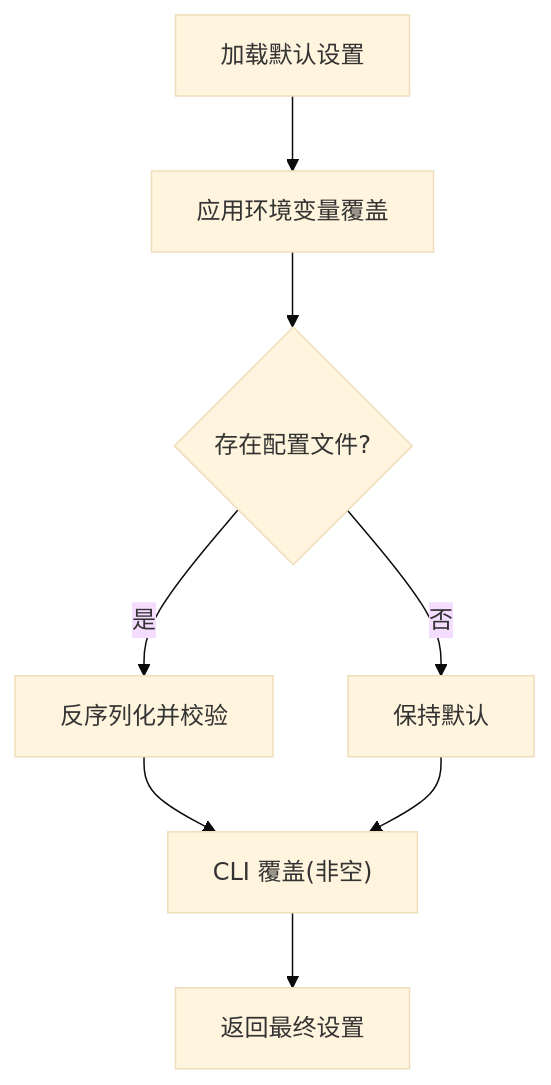
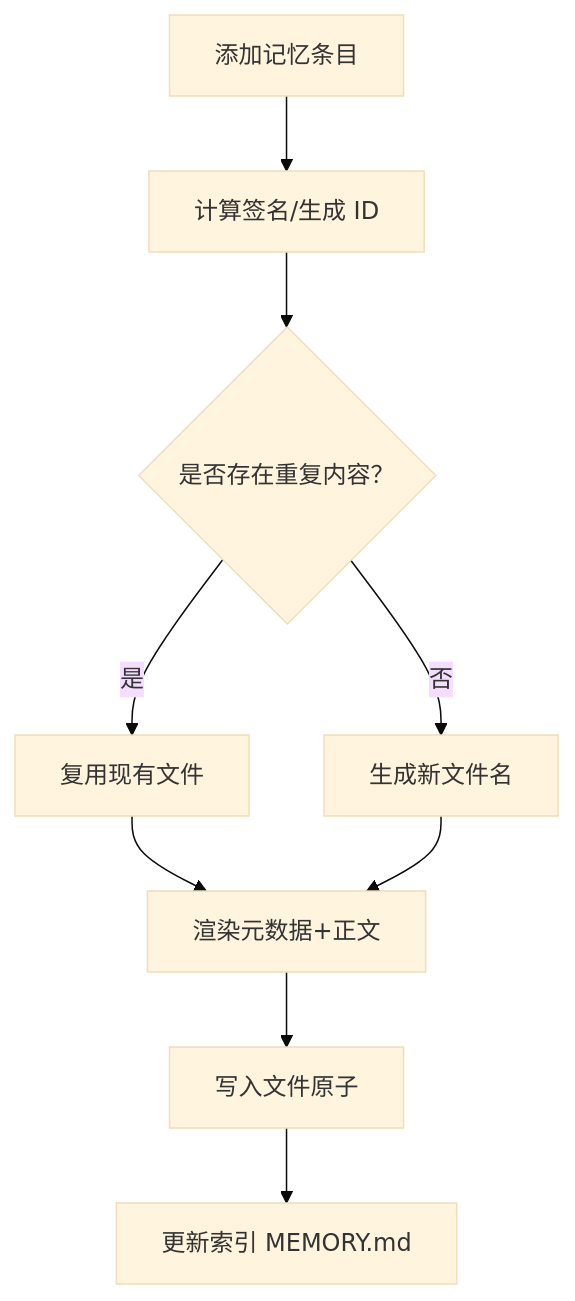
One commit to haolange/OpenHarness changed the sixth of 7 diagrams in .qoder/repowiki/zh/content/开发者指南/开发者指南.md. Above: the diagram before and after it, drawn with Mermaid (base theme). The commit also changed other lines of this file and 222 other files, not shown here.

````diff
--- a/.qoder/repowiki/zh/content/开发者指南/开发者指南.md
+++ b/.qoder/repowiki/zh/content/开发者指南/开发者指南.md
@@ -249,10 +222,11 @@
 ```mermaid
 flowchart TD
-S["加载默认设置"] --> E["应用环境变量覆盖"]
-E --> C{"存在配置文件?"}
-C --> |是| V["反序列化并校验"]
-C --> |否| D["保持默认"]
-V --> M["CLI 覆盖(非空)"]
-D --> M
-M --> R["返回最终设置"]
+A["添加记忆条目"] --> B["计算签名/生成 ID"]
+B --> C{"是否存在重复内容？"}
+C --> |是| D["复用现有文件"]
+C --> |否| E["生成新文件名"]
+D --> F["渲染元数据+正文"]
+E --> F
+F --> G["写入文件原子"]
+G --> H["更新索引 MEMORY.md"]
 ```
````
